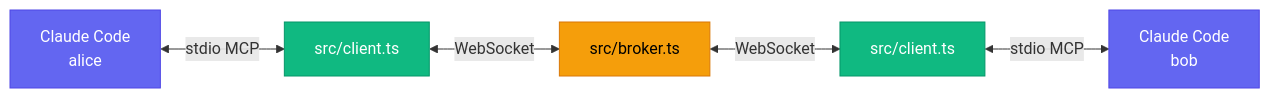
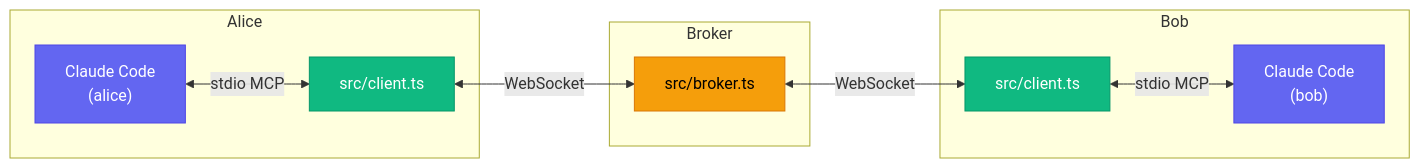
One commit to vikrantjain/claude-code-chat changed the diagram in README.md. Above: the diagram before and after it, drawn with Mermaid.

Commit message:
fixed arch diagram in readme

````diff
--- a/README.md
+++ b/README.md
@@ -19,13 +19,23 @@
 ```mermaid
 graph LR
-    A[Claude Code<br>alice] <-->|stdio MCP| CA[src/client.ts]
-    CA <-->|WebSocket| B[src/broker.ts]
-    B <-->|WebSocket| CB[src/client.ts]
-    CB <-->|stdio MCP| C[Claude Code<br>bob]
+    subgraph Alice["Alice"]
+        A["Claude Code<br>(alice)"] <-->|stdio MCP| CA["src/client.ts"]
+    end
+
+    subgraph Broker["Broker"]
+        B["src/broker.ts"]
+    end
+
+    subgraph Bob["Bob"]
+        CB["src/client.ts"] <-->|stdio MCP| C["Claude Code<br>(bob)"]
+    end
+
+    CA <-->|WebSocket| B
+    B <-->|WebSocket| CB
 
     style A fill:#6366f1,stroke:#4f46e5,color:#fff
     style C fill:#6366f1,stroke:#4f46e5,color:#fff
     style CA fill:#10b981,stroke:#059669,color:#fff
     style CB fill:#10b981,stroke:#059669,color:#fff
     style B fill:#f59e0b,stroke:#d97706,color:#000
 ```
````
